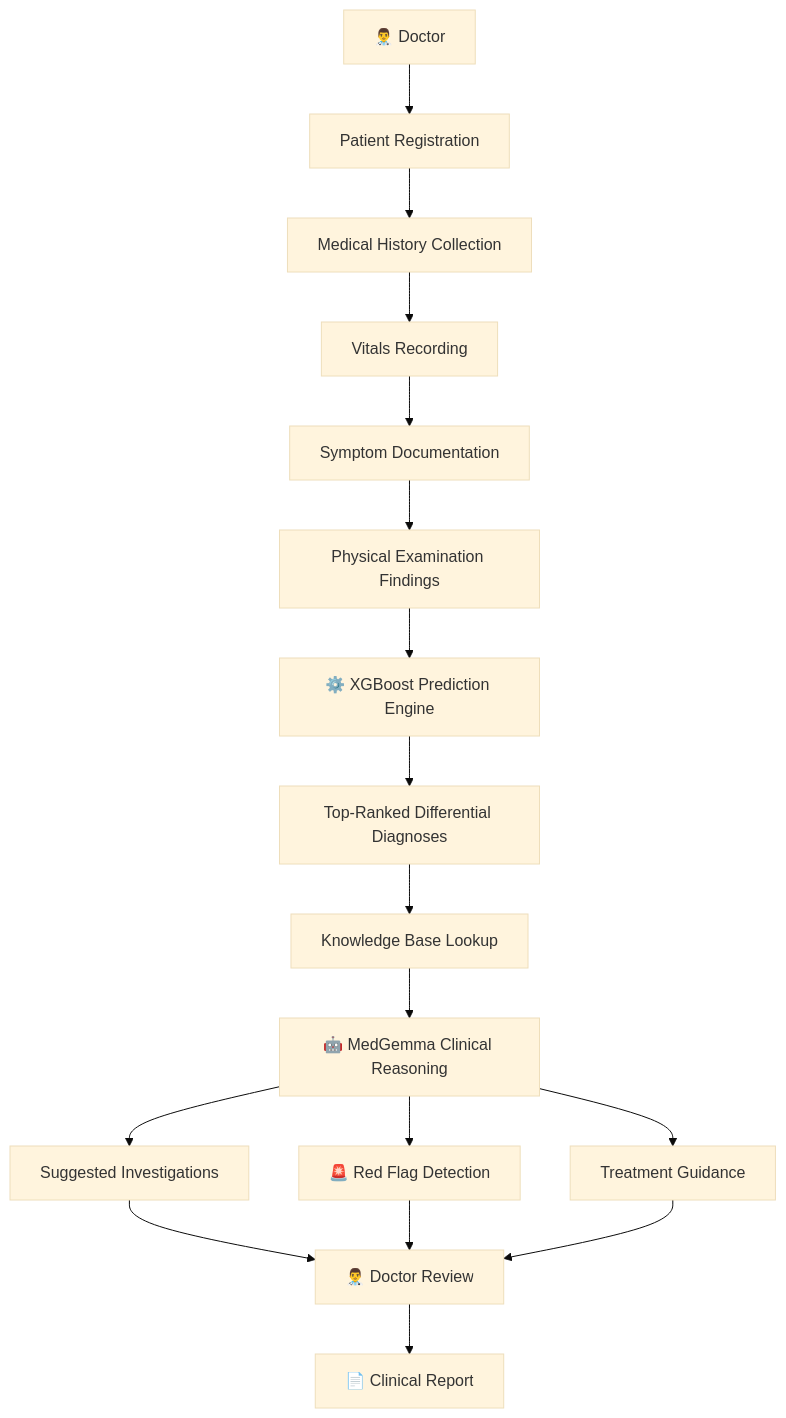
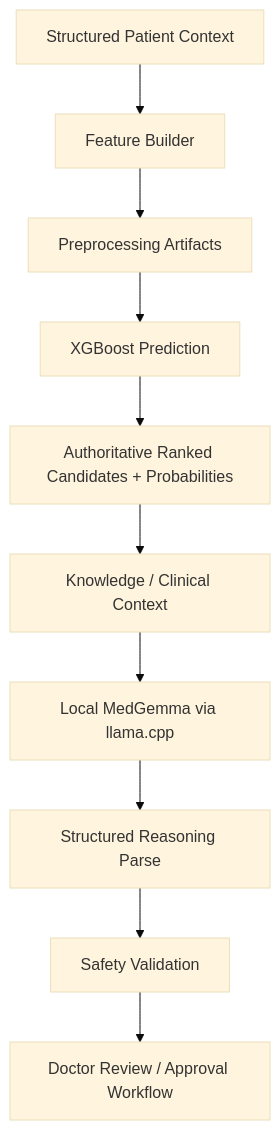
One commit to harshavardhanmalipeddi1-innovates/MedIntel changed the first of 3 diagrams in README.md. Above: the diagram before and after it, drawn with Mermaid (base theme). The commit also changed other lines of this file, not shown here.

Commit message:
docs: align README with verified local architecture

````diff
--- a/README.md
+++ b/README.md
@@ -111,19 +126,12 @@
 ```mermaid
 flowchart TD
-    A[👨‍⚕️ Doctor] --> B[Patient Registration]
-    B --> C[Medical History Collection]
-    C --> D[Vitals Recording]
-    D --> E[Symptom Documentation]
-    E --> F[Physical Examination Findings]
-    F --> G[⚙️ XGBoost Prediction Engine]
-    G --> H[Top-Ranked Differential Diagnoses]
-    H --> I[Knowledge Base Lookup]
-    I --> J[🤖 MedGemma Clinical Reasoning]
-    J --> K[Suggested Investigations]
-    J --> L[🚨 Red Flag Detection]
-    J --> M[Treatment Guidance]
-    K --> N[👨‍⚕️ Doctor Review]
-    L --> N
-    M --> N
-    N --> O[📄 Clinical Report]
+    A[Structured Patient Context] --> B[Feature Builder]
+    B --> C[Preprocessing Artifacts]
+    C --> D[XGBoost Prediction]
+    D --> E[Authoritative Ranked Candidates + Probabilities]
+    E --> F[Knowledge / Clinical Context]
+    F --> G[Local MedGemma via llama.cpp]
+    G --> H[Structured Reasoning Parse]
+    H --> I[Safety Validation]
+    I --> J[Doctor Review / Approval Workflow]
 ```
````
